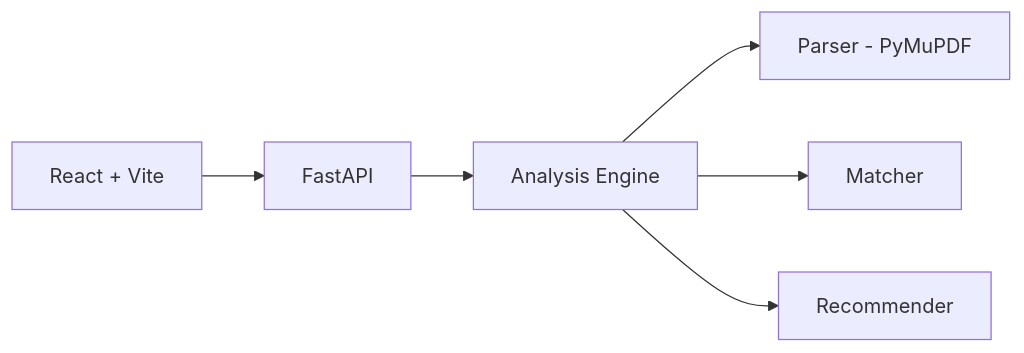
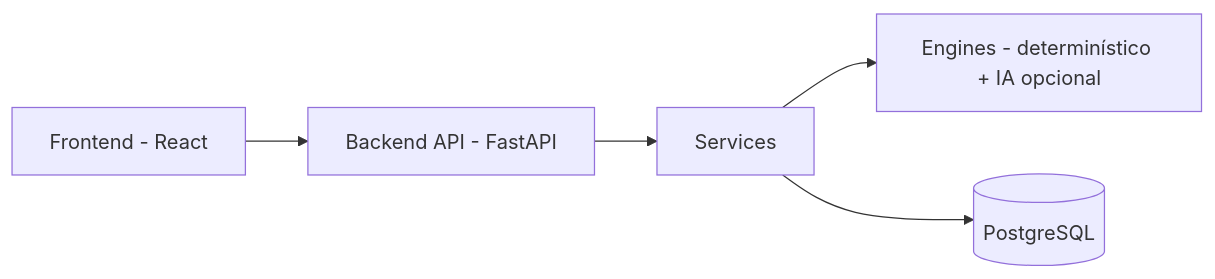
One commit to gabryellep/ai-career-intelligence-platform changed the diagram in README.md. Above: the diagram before and after it, drawn with Mermaid. The commit also changed other lines of this file and 6 other files, not shown here.

````diff
--- a/README.md
+++ b/README.md
@@ -188,8 +94,7 @@
 ```mermaid
 flowchart LR
-  UI[React + Vite] --> API[FastAPI]
-  API --> Engine[Analysis Engine]
-  Engine --> Parser[Parser - PyMuPDF]
-  Engine --> Matcher[Matcher]
-  Engine --> Recommender[Recommender]
+  UI[Frontend - React] --> API[Backend API - FastAPI]
+  API --> Services[Services]
+  Services --> Engines[Engines - determinístico + IA opcional]
+  Services --> DB[(PostgreSQL)]
 ```
````
